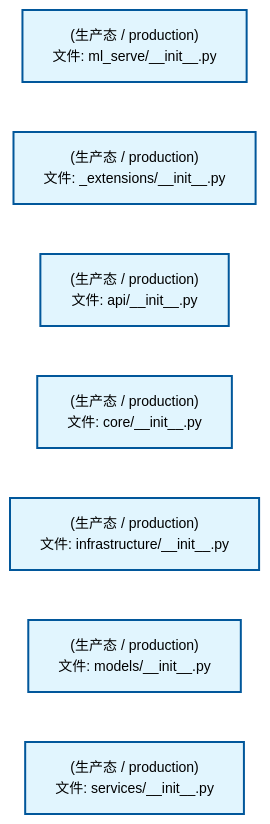
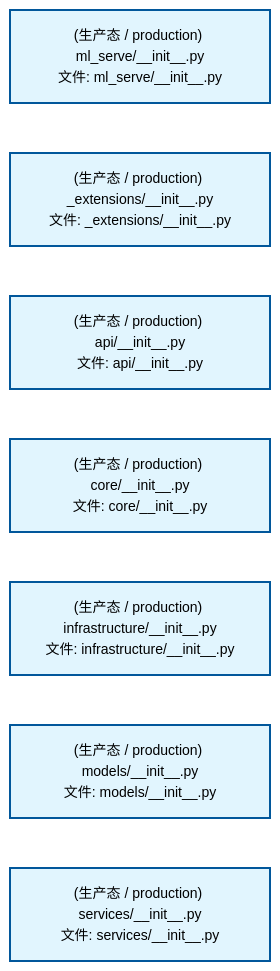
Before and after one commit to xuanFelixVan/ZephyrAlpha: the first of 2 diagrams in docs/02_enterprise_architecture/02_domain_architecture_docs/60_d_ml_serve.md, drawn with Mermaid. The commit also changed other lines of this file and 77 other files, not shown here.

````diff
--- a/docs/02_enterprise_architecture/02_domain_architecture_docs/60_d_ml_serve.md
+++ b/docs/02_enterprise_architecture/02_domain_architecture_docs/60_d_ml_serve.md
@@ -53,22 +53,22 @@
 ```mermaid
 %%{init: {'theme': 'base', 'themeVariables': {'primaryColor': '#eaeaea', 'primaryTextColor': '#333333', 'primaryBorderColor': '#666666', 'lineColor': '#666666', 'secondaryColor': '#eaeaea', 'tertiaryColor': '#eaeaea', 'fontSize': '14px'}}}%%
 flowchart TD
-    src_zephyr_ml_serve_init_py["(生产态 / production)<br/>文件: ml_serve/__init__.py"]
-    src_zephyr_ml_serve_extensions_init_py["(生产态 / production)<br/>文件: _extensions/__init__.py"]
-    src_zephyr_ml_serve_api_init_py["(生产态 / production)<br/>文件: api/__init__.py"]
-    src_zephyr_ml_serve_core_init_py["(生产态 / production)<br/>文件: core/__init__.py"]
-    src_zephyr_ml_serve_infrastructure_init_py["(生产态 / production)<br/>文件: infrastructure/__init__.py"]
-    src_zephyr_ml_serve_models_init_py["(生产态 / production)<br/>文件: models/__init__.py"]
-    src_zephyr_ml_serve_services_init_py["(生产态 / production)<br/>文件: services/__init__.py"]
+    src_zephyr_ml_serve_init_py["(生产态 / production) ml_serve/__init__.py<br/>文件: ml_serve/__init__.py"]
+    src_zephyr_ml_serve_extensions_init_py["(生产态 / production) _extensions/__init__.py<br/>文件: _extensions/__init__.py"]
+    src_zephyr_ml_serve_api_init_py["(生产态 / production) api/__init__.py<br/>文件: api/__init__.py"]
+    src_zephyr_ml_serve_core_init_py["(生产态 / production) core/__init__.py<br/>文件: core/__init__.py"]
+    src_zephyr_ml_serve_infrastructure_init_py["(生产态 / production) infrastructure/__init__.py<br/>文件: infrastructure/__init__.py"]
+    src_zephyr_ml_serve_models_init_py["(生产态 / production) models/__init__.py<br/>文件: models/__init__.py"]
+    src_zephyr_ml_serve_services_init_py["(生产态 / production) services/__init__.py<br/>文件: services/__init__.py"]
     src_zephyr_ml_serve_init_py ~~~ src_zephyr_ml_serve_extensions_init_py
     src_zephyr_ml_serve_extensions_init_py ~~~ src_zephyr_ml_serve_api_init_py
     src_zephyr_ml_serve_api_init_py ~~~ src_zephyr_ml_serve_core_init_py
     src_zephyr_ml_serve_core_init_py ~~~ src_zephyr_ml_serve_infrastructure_init_py
     src_zephyr_ml_serve_infrastructure_init_py ~~~ src_zephyr_ml_serve_models_init_py
     src_zephyr_ml_serve_models_init_py ~~~ src_zephyr_ml_serve_services_init_py
     classDef production fill:#e1f5fe,stroke:#01579b,stroke-width:2px,color:#000
     classDef design fill:#fff3e0,stroke:#e65100,stroke-width:2px,color:#000,stroke-dasharray: 5 5
     classDef external_prod fill:#e8f4fd,stroke:#0277bd,stroke-width:1px,color:#000
     classDef external_design fill:#fff8e7,stroke:#ef6c00,stroke-width:1px,color:#000,stroke-dasharray: 5 5
     class src_zephyr_ml_serve_init_py,src_zephyr_ml_serve_extensions_init_py,src_zephyr_ml_serve_api_init_py,src_zephyr_ml_serve_core_init_py,src_zephyr_ml_serve_infrastructure_init_py,src_zephyr_ml_serve_models_init_py,src_zephyr_ml_serve_services_init_py production
 ```
````
